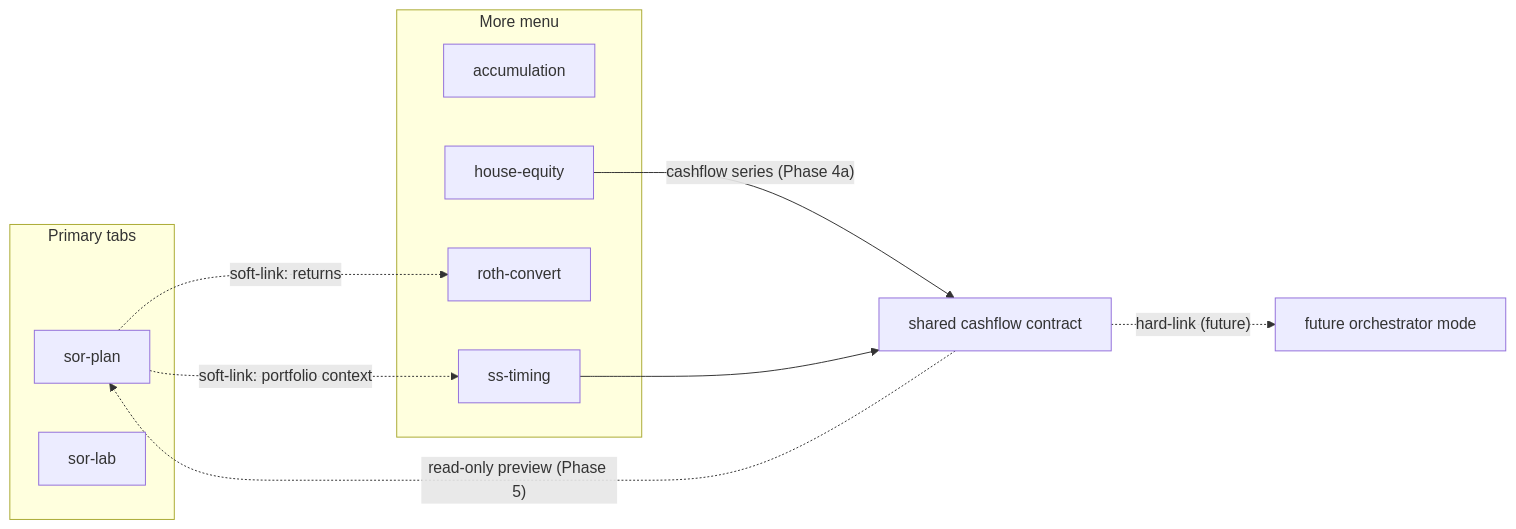
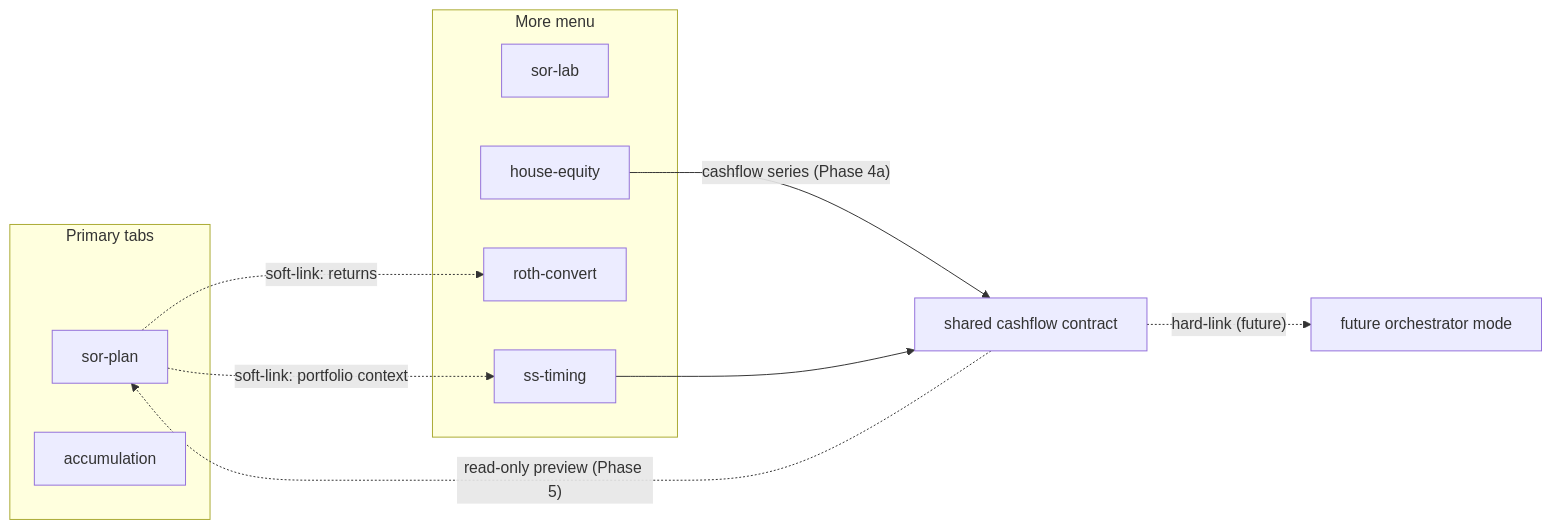
Before and after one commit to mattPeloquin/FinanceSimulator: the diagram in .cursor/plans/four-feature-roadmap.md, drawn with Mermaid. The commit also changed other lines of this file and 28 other files, not shown here.

````diff
--- a/.cursor/plans/four-feature-roadmap.md
+++ b/.cursor/plans/four-feature-roadmap.md
@@ -80,19 +80,19 @@
 ```mermaid
 flowchart LR
   subgraph primary [Primary tabs]
     Plan[sor-plan]
-    Lab[sor-lab]
+    Accum[accumulation]
   end
   subgraph more [More menu]
-    Accum[accumulation]
+    Lab[sor-lab]
     SS[ss-timing]
     Roth[roth-convert]
     House[house-equity]
   end
   Plan -.->|"soft-link: returns"| Roth
   Plan -.->|"soft-link: portfolio context"| SS
   House -->|"cashflow series (Phase 4a)"| Contract[shared cashflow contract]
   SS --> Contract
   Contract -.->|"read-only preview (Phase 5)"| Plan
   Contract -.->|"hard-link (future)"| Orchestrator[future orchestrator mode]
 ```
````
